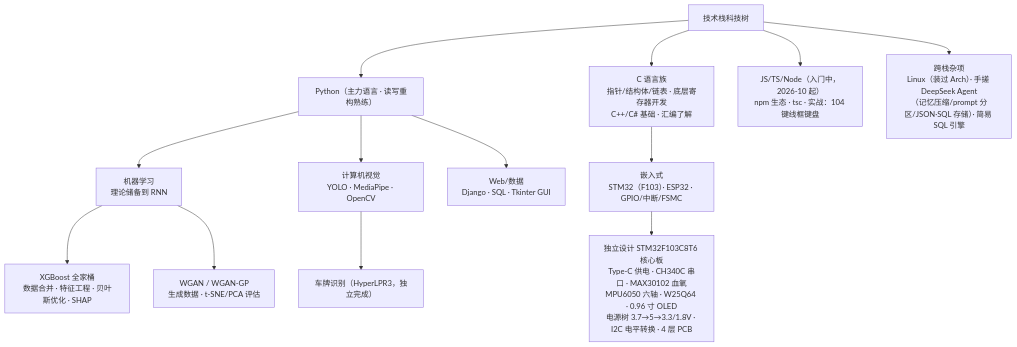
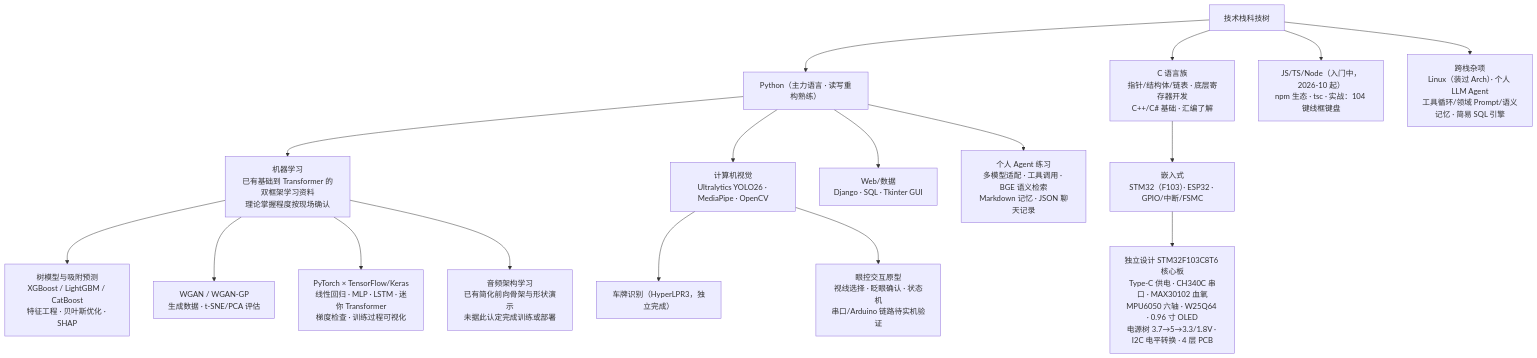
The diagram in 01_AI项目协作参考/用户个人信息参考/用户画像_协作偏好.md (aaf12329/Privacy_Skills_and_Prompt_SQL), drawn with Mermaid before and after one commit. The commit also changed other lines of this file, not shown here.

````diff
--- a/01_AI项目协作参考/用户个人信息参考/用户画像_协作偏好.md
+++ b/01_AI项目协作参考/用户个人信息参考/用户画像_协作偏好.md
@@ -23,20 +25,24 @@
 ```mermaid
 flowchart TD
     ROOT["技术栈科技树"]
     ROOT --> PY["Python（主力语言 · 读写重构熟练）"]
     ROOT --> CLANG["C 语言族<br/>指针/结构体/链表 · 底层寄存器开发<br/>C++/C# 基础 · 汇编了解"]
     ROOT --> JS["JS/TS/Node（入门中，2026-10 起）<br/>npm 生态 · tsc · 实战：104 键线框键盘"]
-    ROOT --> MISC["跨栈杂项<br/>Linux（装过 Arch）· 手搓 DeepSeek Agent<br/>（记忆压缩/prompt 分区/JSON·SQL 存储）· 简易 SQL 引擎"]
+    ROOT --> MISC["跨栈杂项<br/>Linux（装过 Arch）· 个人 LLM Agent<br/>工具循环/领域 Prompt/语义记忆 · 简易 SQL 引擎"]
 
-    PY --> ML["机器学习<br/>理论储备到 RNN"]
-    ML --> XGB["XGBoost 全家桶<br/>数据合并 · 特征工程 · 贝叶斯优化 · SHAP"]
+    PY --> ML["机器学习<br/>已有基础到 Transformer 的双框架学习资料<br/>理论掌握程度按现场确认"]
+    ML --> XGB["树模型与吸附预测<br/>XGBoost / LightGBM / CatBoost<br/>特征工程 · 贝叶斯优化 · SHAP"]
     ML --> WGAN["WGAN / WGAN-GP<br/>生成数据 · t-SNE/PCA 评估"]
+    ML --> FRAMEWORK["PyTorch × TensorFlow/Keras<br/>线性回归 · MLP · LSTM · 迷你 Transformer<br/>梯度检查 · 训练过程可视化"]
+    ML --> AUDIO["音频架构学习<br/>已有简化前向骨架与形状演示<br/>未据此认定完成训练或部署"]
 
-    PY --> CV["计算机视觉<br/>YOLO · MediaPipe · OpenCV"]
+    PY --> CV["计算机视觉<br/>Ultralytics YOLO26 · MediaPipe · OpenCV"]
     CV --> LPR["车牌识别（HyperLPR3，独立完成）"]
+    CV --> GAZE["眼控交互原型<br/>视线选择 · 眨眼确认 · 状态机<br/>串口/Arduino 链路待实机验证"]
 
     PY --> WEB["Web/数据<br/>Django · SQL · Tkinter GUI"]
+    PY --> AGENT["个人 Agent 练习<br/>多模型适配 · 工具调用 · BGE 语义检索<br/>Markdown 记忆 · JSON 聊天记录"]
 
     CLANG --> EMB["嵌入式<br/>STM32（F103）· ESP32 · GPIO/中断/FSMC"]
     EMB --> BOARD["独立设计 STM32F103C8T6 核心板<br/>Type-C 供电 · CH340C 串口 · MAX30102 血氧<br/>MPU6050 六轴 · W25Q64 · 0.96 寸 OLED<br/>电源树 3.7→5→3.3/1.8V · I2C 电平转换 · 4 层 PCB"]
 ```
````
